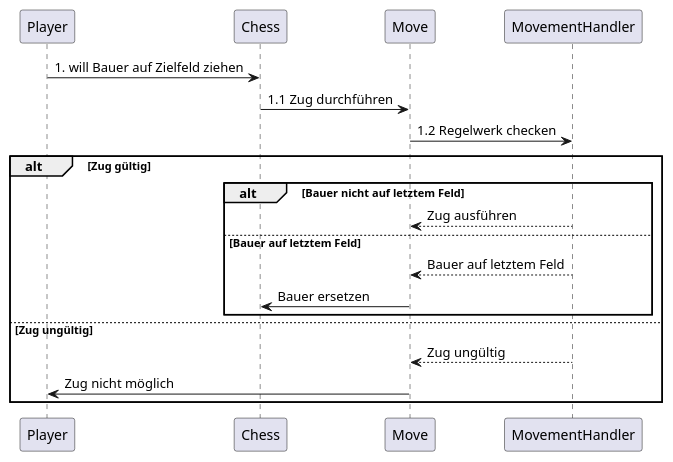
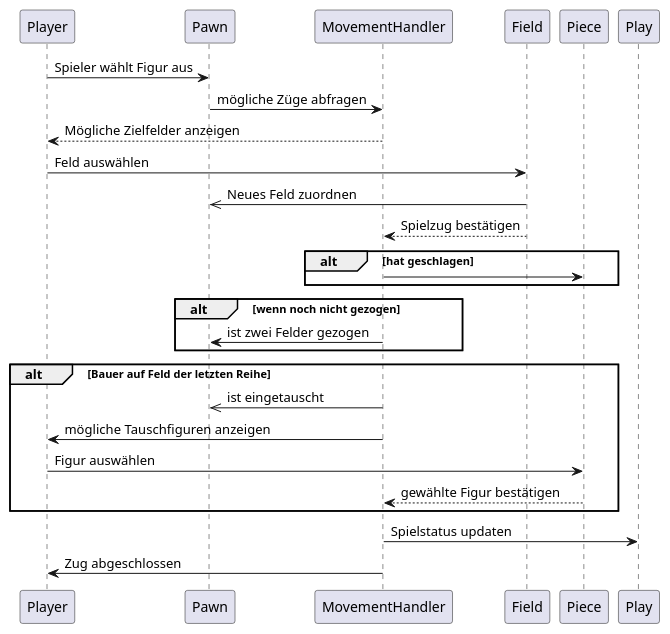
Before and after one commit to ruhlando/uni-project-chess: the diagram in sequenzDiagram.iuml, drawn with PlantUML. The commit also changed 9 other files, not shown here.

Commit message:
create Folder UseCases, Update sequenzDiagram

```diff
--- a/sequenzDiagram.iuml
+++ b/sequenzDiagram.iuml
@@ -1,22 +1,28 @@
 @startuml
-Player -> Chess : 1. will Bauer auf Zielfeld ziehen
 
-Chess -> Move : 1.1 Zug durchführen
+Player -> Pawn : Spieler wählt Figur aus
+Pawn -> MovementHandler : mögliche Züge abfragen
+MovementHandler --> Player : Mögliche Zielfelder anzeigen
+Player -> Field : Feld auswählen
+Field ->> Pawn : Neues Feld zuordnen
+Field --> MovementHandler : Spielzug bestätigen
 
-Move -> MovementHandler : 1.2 Regelwerk checken 
+'Mögliche Auswirkungen prüfen
 
-alt Zug gültig
-alt Bauer nicht auf letztem Feld
-MovementHandler --> Move : Zug ausführen
-else Bauer auf letztem Feld
-MovementHandler --> Move : Bauer auf letztem Feld
-Move -> Chess : Bauer ersetzen
+alt hat geschlagen
+MovementHandler -> Piece
 end
 
-
-else Zug ungültig
-MovementHandler --> Move : Zug ungültig
-Move -> Player : Zug nicht möglich
+alt wenn noch nicht gezogen
+MovementHandler -> Pawn : ist zwei Felder gezogen
 end
 
+alt Bauer auf Feld der letzten Reihe
+MovementHandler ->> Pawn : ist eingetauscht
+MovementHandler -> Player : mögliche Tauschfiguren anzeigen
+Player -> Piece : Figur auswählen
+Piece --> MovementHandler : gewählte Figur bestätigen 
+end
+MovementHandler -> Play : Spielstatus updaten
+MovementHandler -> Player : Zug abgeschlossen
 @enduml
```
